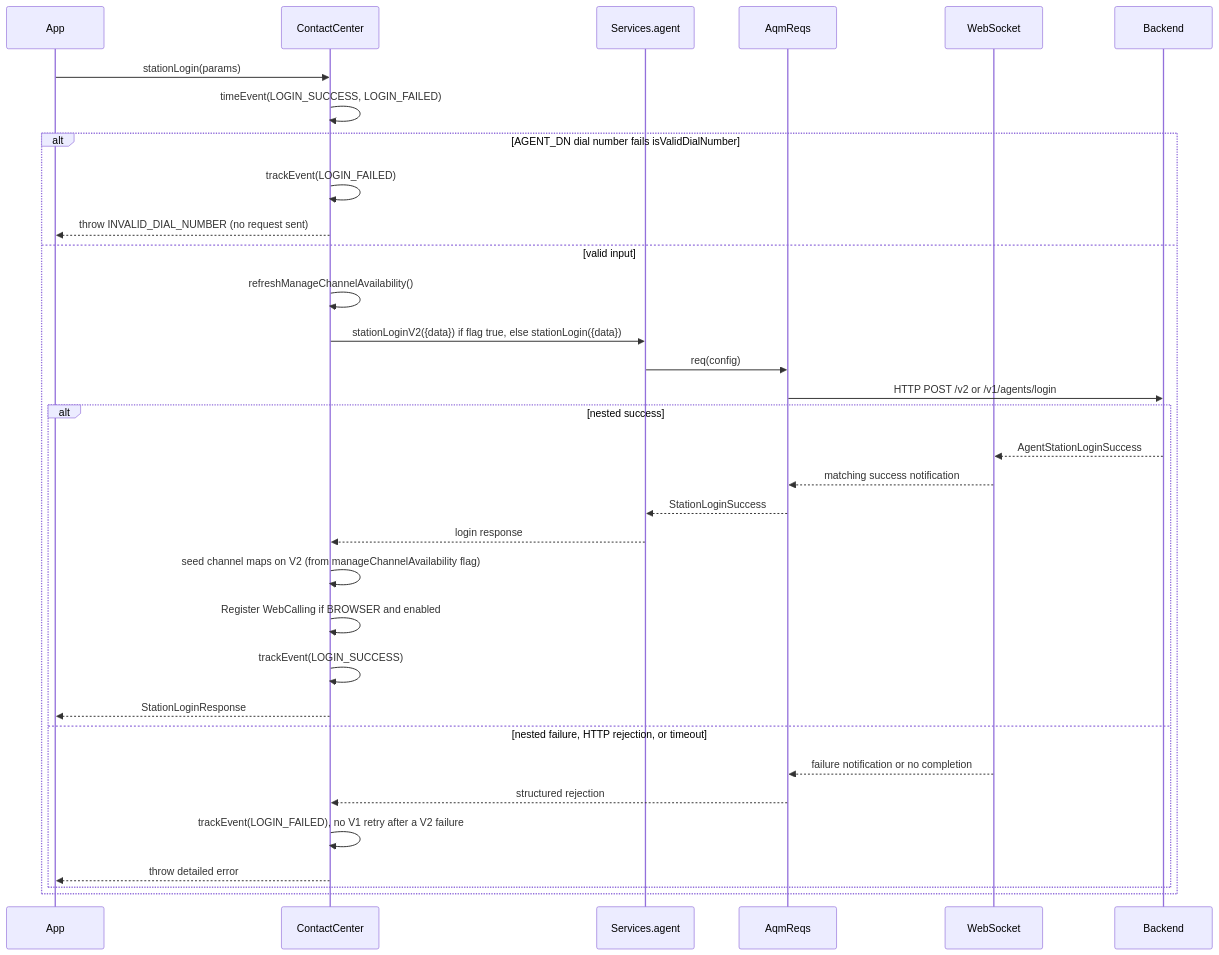
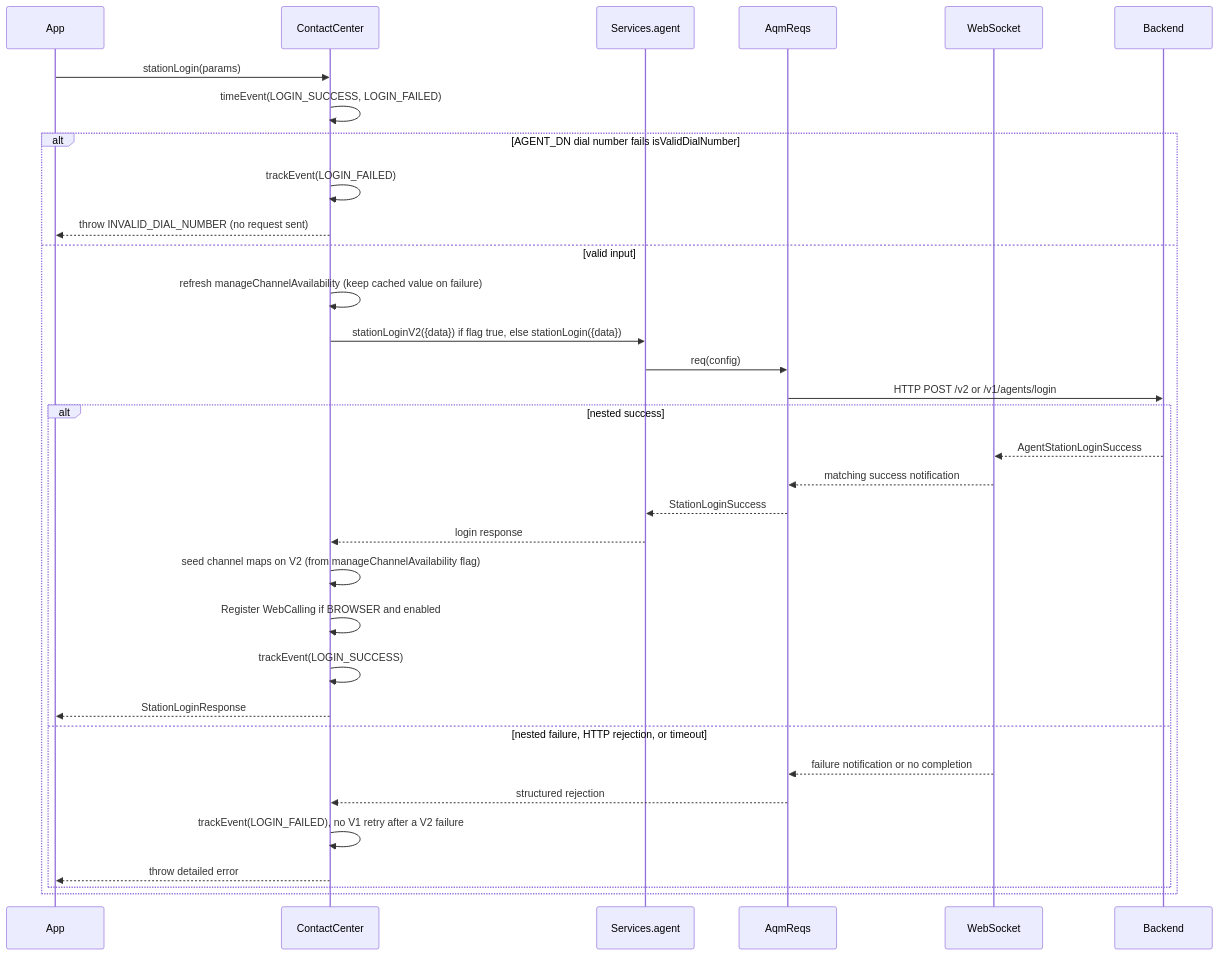
One commit to webex/webex-js-sdk changed the first of 7 diagrams in packages/@webex/contact-center/src/services/agent/docs/README.md. Above: the diagram before and after it, drawn with Mermaid. The commit also changed other lines of this file and 34 other files, not shown here.

````diff
--- a/packages/@webex/contact-center/src/services/agent/docs/README.md
+++ b/packages/@webex/contact-center/src/services/agent/docs/README.md
@@ -382,35 +386,35 @@
 ```mermaid
 sequenceDiagram
     participant App
     participant CC as ContactCenter
     participant Svc as Services.agent
     participant AQM as AqmReqs
     participant WS as WebSocket
     participant BE as Backend
     App->>CC: stationLogin(params)
     CC->>CC: timeEvent(LOGIN_SUCCESS, LOGIN_FAILED)
     alt AGENT_DN dial number fails isValidDialNumber
       CC->>CC: trackEvent(LOGIN_FAILED)
       CC-->>App: throw INVALID_DIAL_NUMBER (no request sent)
     else valid input
-      CC->>CC: refreshManageChannelAvailability()
+      CC->>CC: refresh manageChannelAvailability (keep cached value on failure)
       CC->>Svc: stationLoginV2({data}) if flag true, else stationLogin({data})
       Svc->>AQM: req(config)
       AQM->>BE: HTTP POST /v2 or /v1/agents/login
       alt nested success
         BE-->>WS: AgentStationLoginSuccess
         WS-->>AQM: matching success notification
         AQM-->>Svc: StationLoginSuccess
         Svc-->>CC: login response
         CC->>CC: seed channel maps on V2 (from manageChannelAvailability flag)
         CC->>CC: Register WebCalling if BROWSER and enabled
         CC->>CC: trackEvent(LOGIN_SUCCESS)
         CC-->>App: StationLoginResponse
       else nested failure, HTTP rejection, or timeout
         WS-->>AQM: failure notification or no completion
         AQM-->>CC: structured rejection
         CC->>CC: trackEvent(LOGIN_FAILED), no V1 retry after a V2 failure
         CC-->>App: throw detailed error
       end
     end
 ```
````
